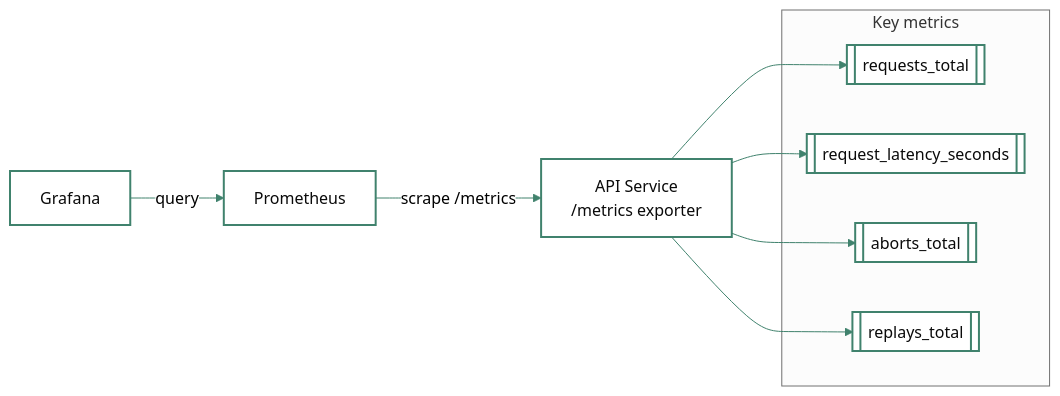
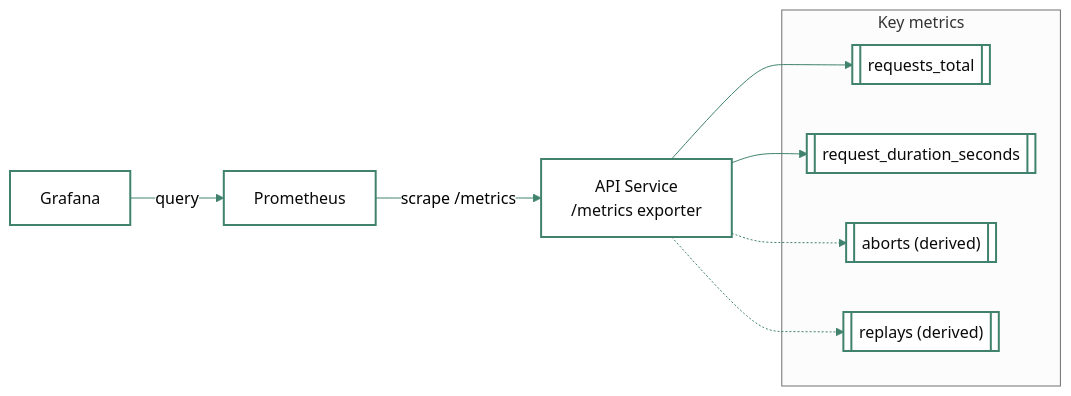
The diagram in docs/figures/src/fig06_metrics_flow.mmd (punchamoorthee/ledgerops), drawn with Mermaid before and after one commit. The commit also changed 4 other files, not shown here.

```diff
--- a/docs/figures/src/fig06_metrics_flow.mmd
+++ b/docs/figures/src/fig06_metrics_flow.mmd
@@ -1,25 +1,25 @@
 %%{init: {"theme":"neutral","themeVariables":{
   "fontFamily":"Inter",
   "primaryColor":"#40826D","primaryBorderColor":"#40826D","primaryTextColor":"#0a0a0a",
   "lineColor":"#40826D","tertiaryColor":"#ffffff"}}}%%
 flowchart LR
   A["API Service<br/>/metrics exporter"]
   P[Prometheus]
   G[Grafana]
 
   subgraph Metrics["Key metrics"]
-    M1[[requests_total]]
-    M2[[request_latency_seconds]]
-    M3[[aborts_total]]
-    M4[[replays_total]]
+    M1[["requests_total"]]
+    M2[["request_duration_seconds"]]
+    M3[["aborts (derived)"]]
+    M4[["replays (derived)"]]
   end
 
   P -- "scrape /metrics" --> A
   A --> M1
   A --> M2
-  A --> M3
-  A --> M4
+  A -.-> M3
+  A -.-> M4
   G -- query --> P
 
   classDef accent stroke:#40826D,stroke-width:2px,fill:#ffffff,color:#0a0a0a;
   class A,P,G,M1,M2,M3,M4 accent;
```
